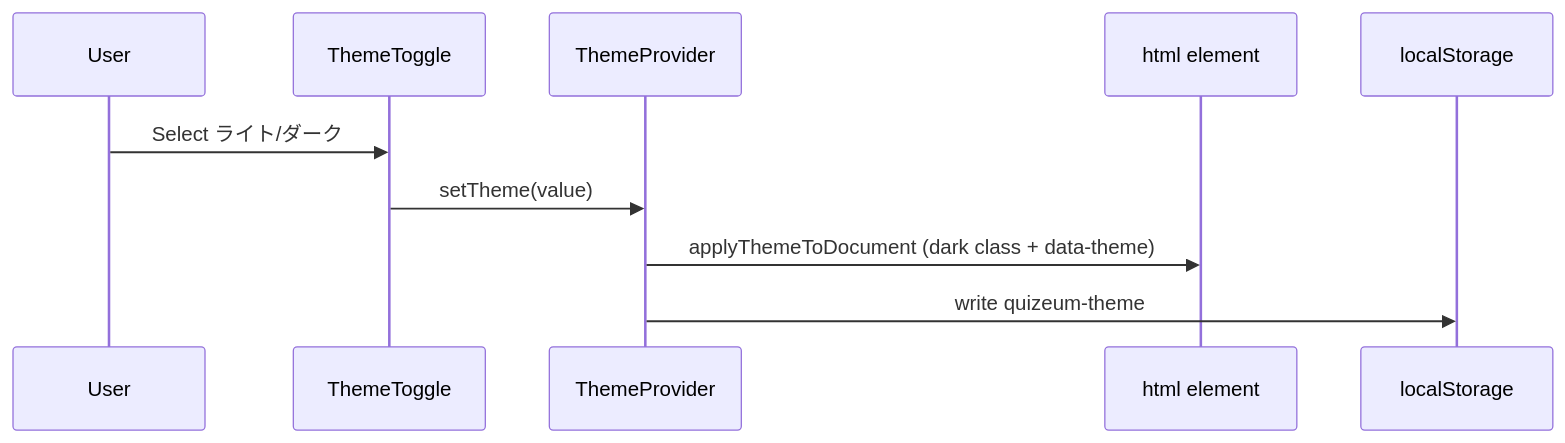
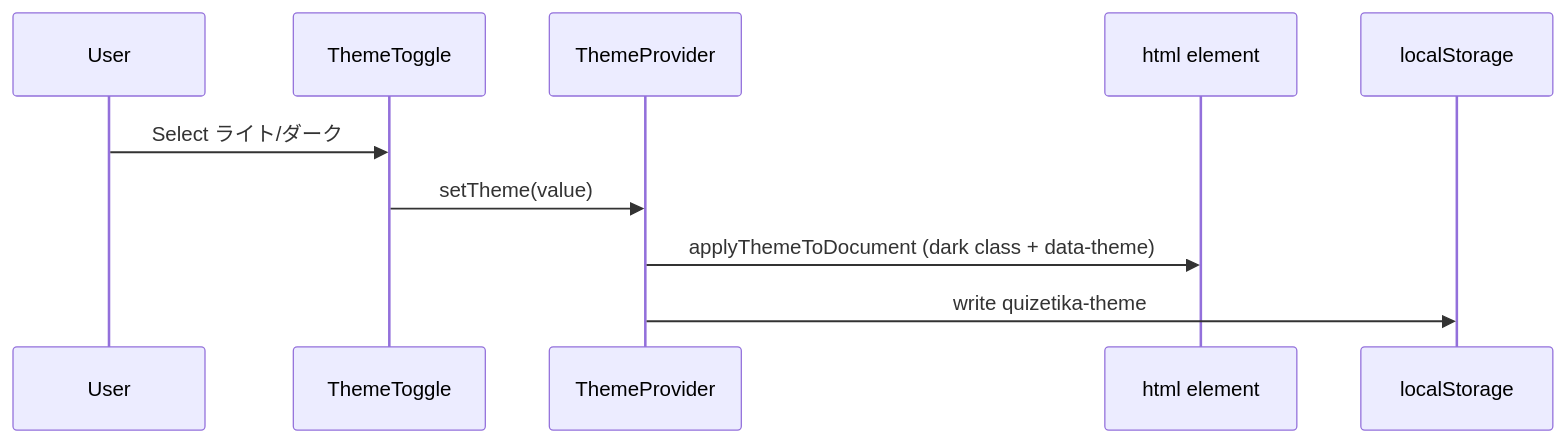
The fourth of 4 diagrams in .kiro/specs/quizeum-ui-personal/design.md (npressoworks/quizetika), drawn with Mermaid before and after one commit. The commit also changed other lines of this file and 207 other files, not shown here.

````diff
--- a/.kiro/specs/quizeum-ui-personal/design.md
+++ b/.kiro/specs/quizeum-ui-personal/design.md
@@ -268,13 +268,13 @@
 ```mermaid
 sequenceDiagram
     participant User
     participant ThemeToggle
     participant ThemeProvider
     participant DOM as html element
     participant LS as localStorage
 
     User->>ThemeToggle: Select ライト/ダーク
     ThemeToggle->>ThemeProvider: setTheme(value)
     ThemeProvider->>DOM: applyThemeToDocument (dark class + data-theme)
-    ThemeProvider->>LS: write quizeum-theme
+    ThemeProvider->>LS: write quizetika-theme
 ```
````
